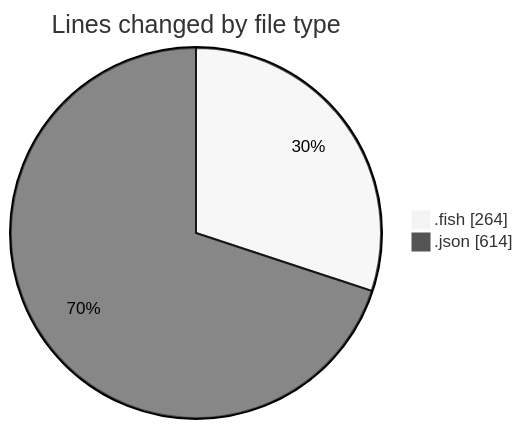
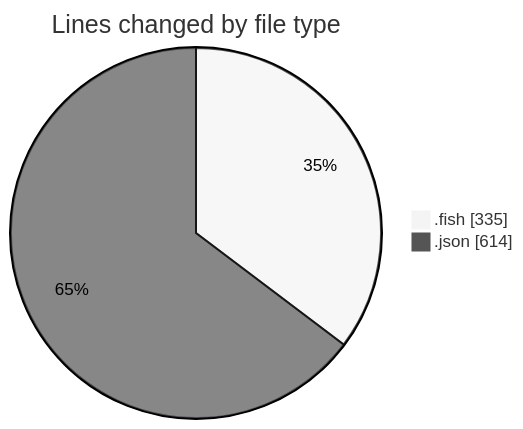
Before and after one commit to EIIisD/code-tracking: the first of 2 diagrams in 2025-07-24/fish/README.md, drawn with Mermaid (neutral theme). The commit also changed other lines of this file and 1 other file, not shown here.

````diff
--- a/2025-07-24/fish/README.md
+++ b/2025-07-24/fish/README.md
@@ -26,6 +26,6 @@
 ```mermaid
 pie showData
 title Lines changed by file type
-".fish" : 264
+".fish" : 335
 ".json" : 614
 ```
````
